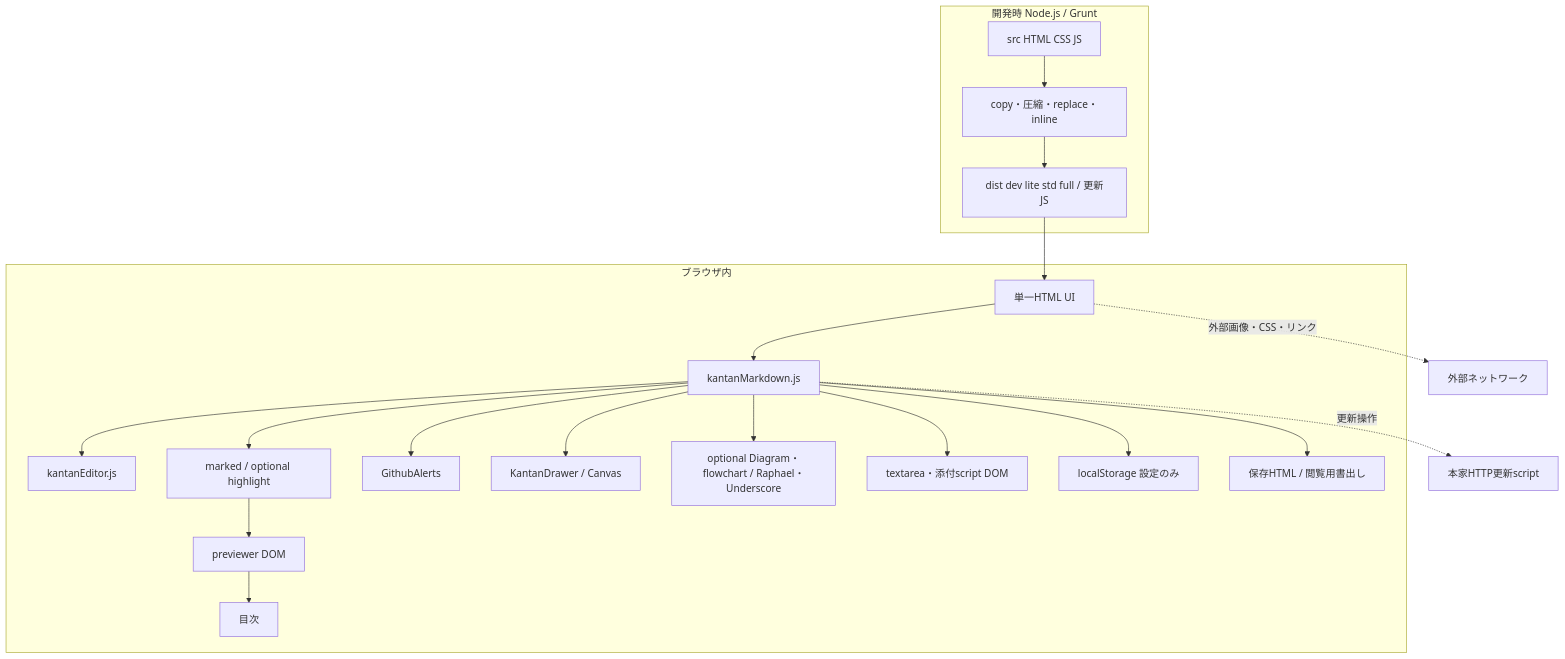
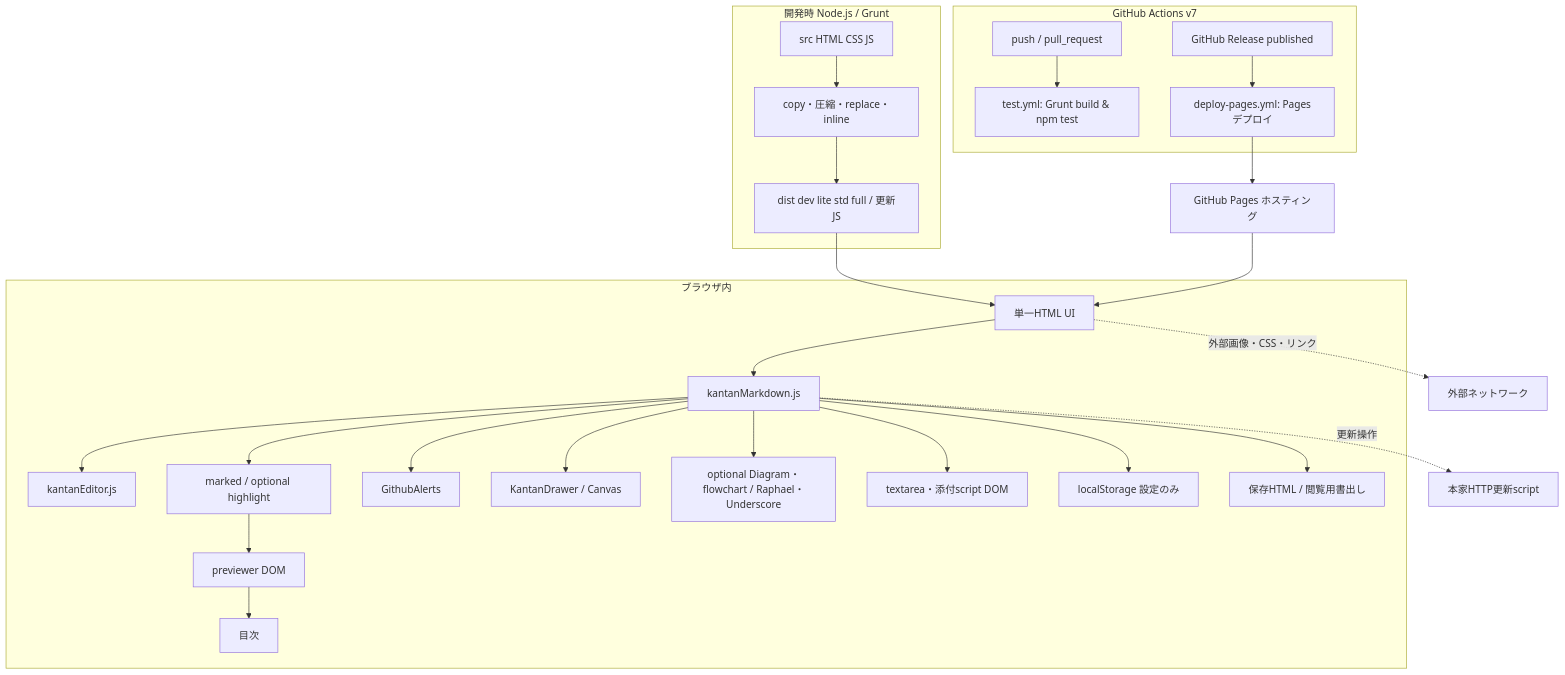
One commit to hiro-gj/KanTanMarkdown changed the diagram in .gear/3_詳細設計/34_アーキテクチャ構成図.md. Above: the diagram before and after it, drawn with Mermaid. The commit also changed 11 other files, not shown here.

Commit message:
ci: modernize GitHub Actions to v7, release-driven deploy, and automated tests

````diff
--- a/.gear/3_詳細設計/34_アーキテクチャ構成図.md
+++ b/.gear/3_詳細設計/34_アーキテクチャ構成図.md
@@ -3,23 +3,29 @@
 ```mermaid
 flowchart TD
  subgraph Dev[開発時 Node.js / Grunt]
  SRC[src HTML CSS JS] --> GRUNT[copy・圧縮・replace・inline]
  GRUNT --> DIST[dist dev lite std full / 更新JS]
+ end
+ subgraph CI_CD[GitHub Actions v7]
+ PUSH_PR[push / pull_request] --> TEST_WF[test.yml: Grunt build & npm test]
+ REL[GitHub Release published] --> DEPLOY_WF[deploy-pages.yml: Pagesデプロイ]
  end
  subgraph Browser[ブラウザ内]
  UI[単一HTML UI] --> CORE[kantanMarkdown.js]
  CORE --> EDIT[kantanEditor.js]
  CORE --> PARSE[marked / optional highlight]
  PARSE --> PREVIEW[previewer DOM]
  CORE --> ALERT[GithubAlerts]
  CORE --> DRAW[KantanDrawer / Canvas]
  CORE --> DIAGRAM[optional Diagram・flowchart / Raphael・Underscore]
  CORE --> DATA[textarea・添付script DOM]
  CORE --> SETTINGS[localStorage 設定のみ]
  CORE --> OUTPUT[保存HTML / 閲覧用書出し]
  PREVIEW --> TOC[目次]
  end
  DIST --> UI
+ DEPLOY_WF --> PAGES[GitHub Pages ホスティング]
+ PAGES --> UI
  CORE -. 更新操作 .-> REMOTE[本家HTTP更新script]
  UI -. 外部画像・CSS・リンク .-> NET[外部ネットワーク]
 ```
````
